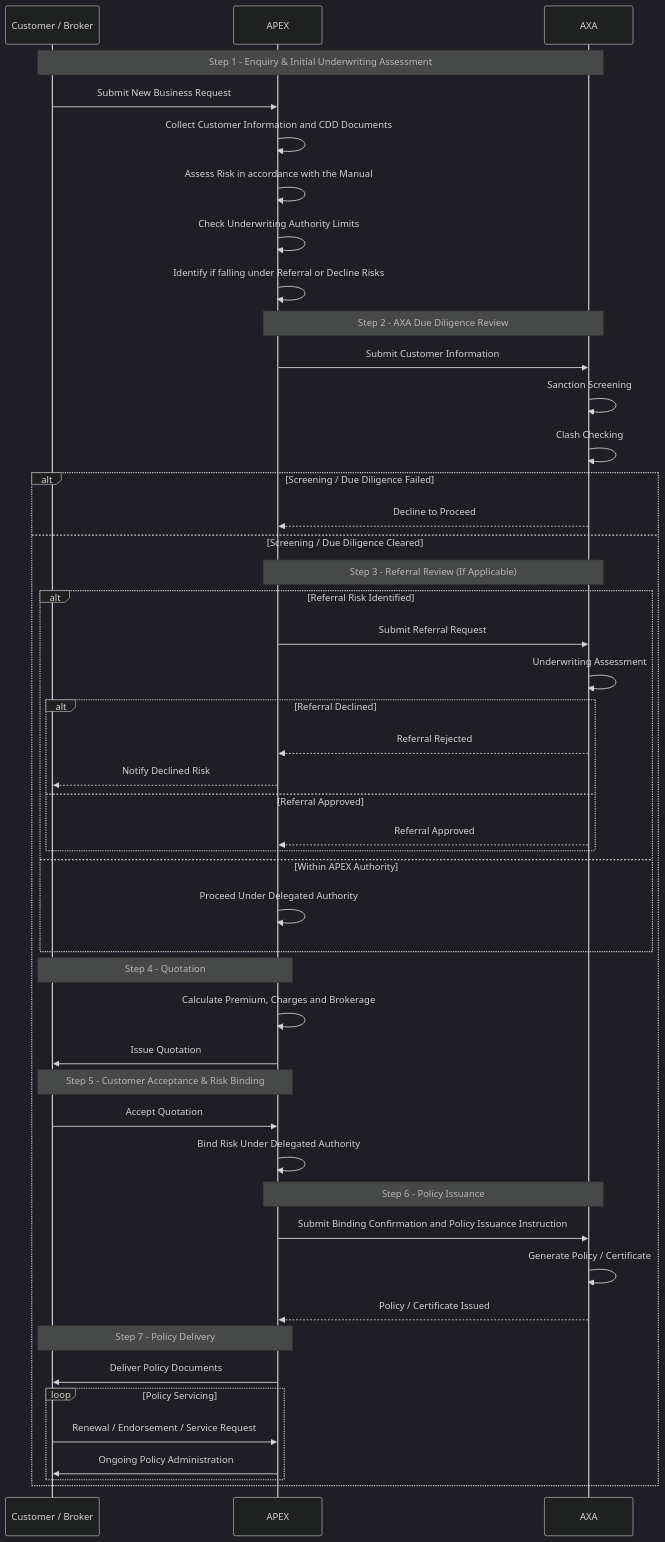
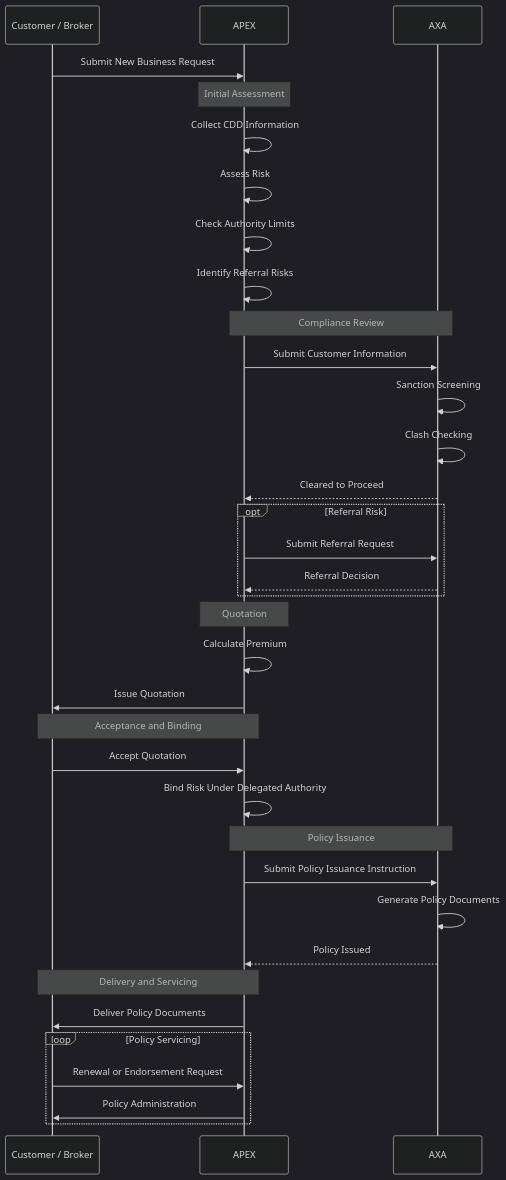
One commit to raymwor-arch/Diagram changed the diagram in Apex.md. Above: the diagram before and after it, drawn with Mermaid (dark theme).

````diff
--- a/Apex.md
+++ b/Apex.md
@@ -1,71 +1,47 @@
 ```mermaid
 sequenceDiagram
     participant Customer as Customer / Broker
     participant APEX as APEX
     participant AXA as AXA
 
-    Note over Customer,AXA: Step 1 - Enquiry & Initial Underwriting Assessment
-
     Customer->>APEX: Submit New Business Request
 
-    APEX->>APEX: Collect Customer Information and CDD Documents
-    APEX->>APEX: Assess Risk in accordance with the Manual
-    APEX->>APEX: Check Underwriting Authority Limits
-    APEX->>APEX: Identify if falling under Referral or Decline Risks
+    Note over APEX: Initial Assessment
+    APEX->>APEX: Collect CDD Information
+    APEX->>APEX: Assess Risk
+    APEX->>APEX: Check Authority Limits
+    APEX->>APEX: Identify Referral Risks
 
-    Note over APEX,AXA: Step 2 - AXA Due Diligence Review
+    Note over APEX,AXA: Compliance Review
 
     APEX->>AXA: Submit Customer Information
-
     AXA->>AXA: Sanction Screening
     AXA->>AXA: Clash Checking
-    
-    alt Screening / Due Diligence Failed
-        AXA-->>APEX: Decline to Proceed
-        
-    else Screening / Due Diligence Cleared
+    AXA-->>APEX: Cleared to Proceed
 
-        Note over APEX,AXA: Step 3 - Referral Review (If Applicable)
+    opt Referral Risk
+        APEX->>AXA: Submit Referral Request
+        AXA-->>APEX: Referral Decision
+    end
 
-        alt Referral Risk Identified
-            APEX->>AXA: Submit Referral Request
-            AXA->>AXA: Underwriting Assessment
+    Note over APEX: Quotation
+    APEX->>APEX: Calculate Premium
+    APEX->>Customer: Issue Quotation
 
-            alt Referral Declined
-                AXA-->>APEX: Referral Rejected
-                APEX-->>Customer: Notify Declined Risk
-            else Referral Approved
-                AXA-->>APEX: Referral Approved
-            end
-        else Within APEX Authority
-            APEX->>APEX: Proceed Under Delegated Authority
-        end
+    Note over Customer,APEX: Acceptance and Binding
+    Customer->>APEX: Accept Quotation
+    APEX->>APEX: Bind Risk Under Delegated Authority
 
-        Note over APEX,Customer: Step 4 - Quotation
+    Note over APEX,AXA: Policy Issuance
+    APEX->>AXA: Submit Policy Issuance Instruction
+    AXA->>AXA: Generate Policy Documents
+    AXA-->>APEX: Policy Issued
 
-        APEX->>APEX: Calculate Premium, Charges and Brokerage
-        APEX->>Customer: Issue Quotation
+    Note over APEX,Customer: Delivery and Servicing
+    APEX->>Customer: Deliver Policy Documents
 
-        Note over Customer,APEX: Step 5 - Customer Acceptance & Risk Binding
-
-        Customer->>APEX: Accept Quotation
-
-        APEX->>APEX: Bind Risk Under Delegated Authority
-
-        Note over APEX,AXA: Step 6 - Policy Issuance
-
-        APEX->>AXA: Submit Binding Confirmation and Policy Issuance Instruction
-
-        AXA->>AXA: Generate Policy / Certificate
-        AXA-->>APEX: Policy / Certificate Issued
-
-        Note over APEX,Customer: Step 7 - Policy Delivery
-
-        APEX->>Customer: Deliver Policy Documents
-
-        loop Policy Servicing
-            Customer->>APEX: Renewal / Endorsement / Service Request
-            APEX->>Customer: Ongoing Policy Administration
-        end
+    loop Policy Servicing
+        Customer->>APEX: Renewal or Endorsement Request
+        APEX->>Customer: Policy Administration
     end
 ```    
````
